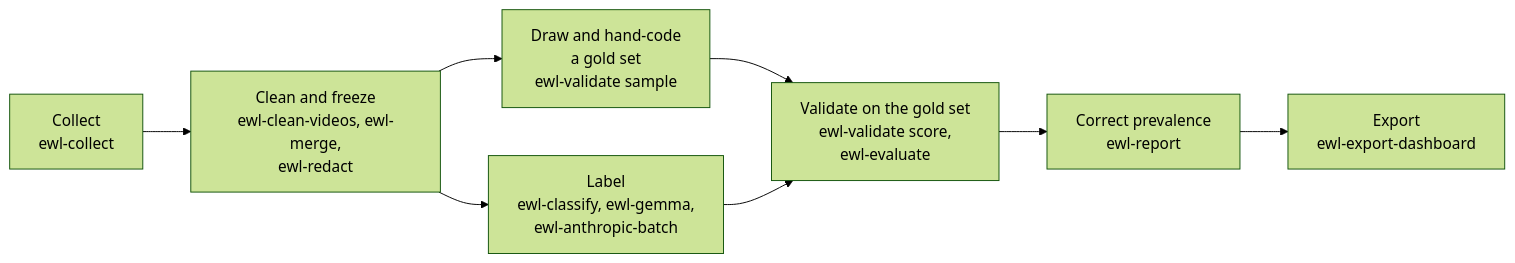
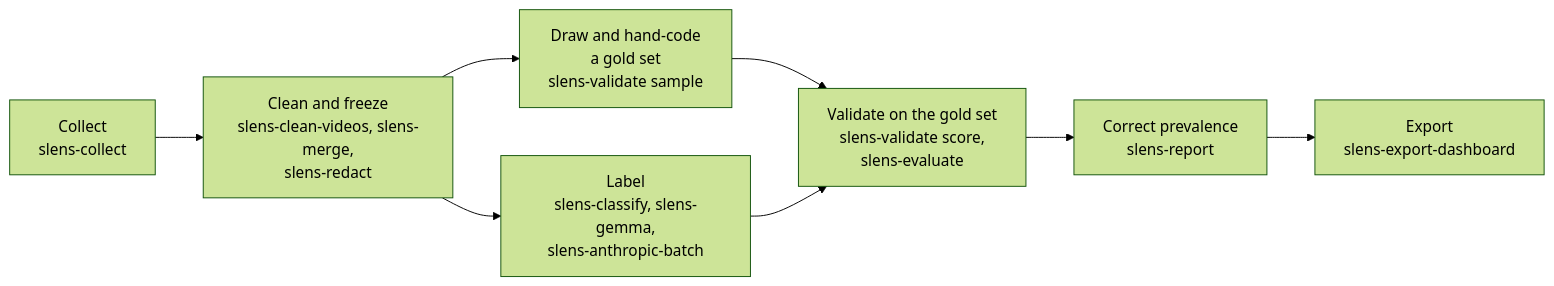
Before and after one commit to New-Economics-Foundation-NEF/sentiment-lens: the diagram in docs/index.md, drawn with Mermaid (forest theme). The commit also changed other lines of this file and 84 other files, not shown here.

````diff
--- a/docs/index.md
+++ b/docs/index.md
@@ -31,10 +31,10 @@
 ```mermaid
 flowchart LR
-    A[Collect<br>ewl-collect] --> B[Clean and freeze<br>ewl-clean-videos, ewl-merge,<br>ewl-redact]
-    B --> C[Label<br>ewl-classify, ewl-gemma,<br>ewl-anthropic-batch]
-    B --> G[Draw and hand-code<br>a gold set<br>ewl-validate sample]
+    A[Collect<br>slens-collect] --> B[Clean and freeze<br>slens-clean-videos, slens-merge,<br>slens-redact]
+    B --> C[Label<br>slens-classify, slens-gemma,<br>slens-anthropic-batch]
+    B --> G[Draw and hand-code<br>a gold set<br>slens-validate sample]
     G --> D
-    C --> D[Validate on the gold set<br>ewl-validate score,<br>ewl-evaluate]
-    D --> E[Correct prevalence<br>ewl-report]
-    E --> F[Export<br>ewl-export-dashboard]
+    C --> D[Validate on the gold set<br>slens-validate score,<br>slens-evaluate]
+    D --> E[Correct prevalence<br>slens-report]
+    E --> F[Export<br>slens-export-dashboard]
 ```
````
